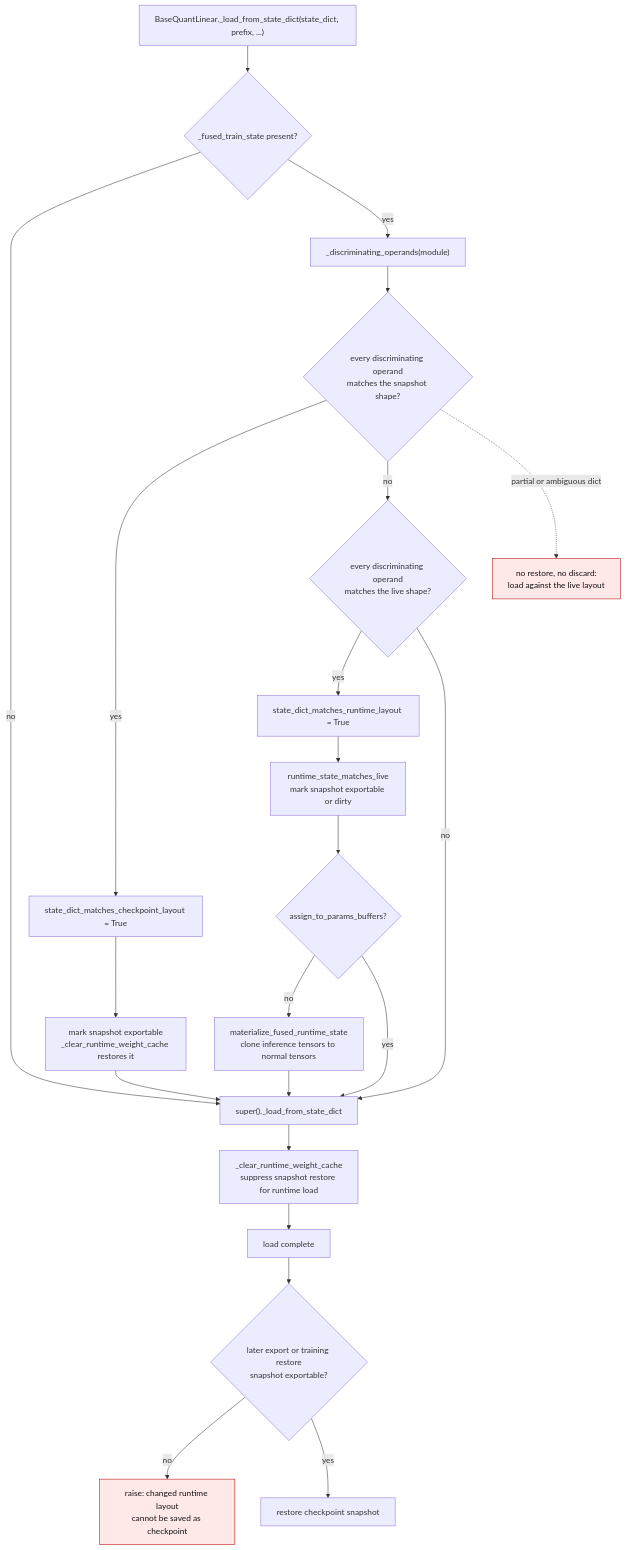
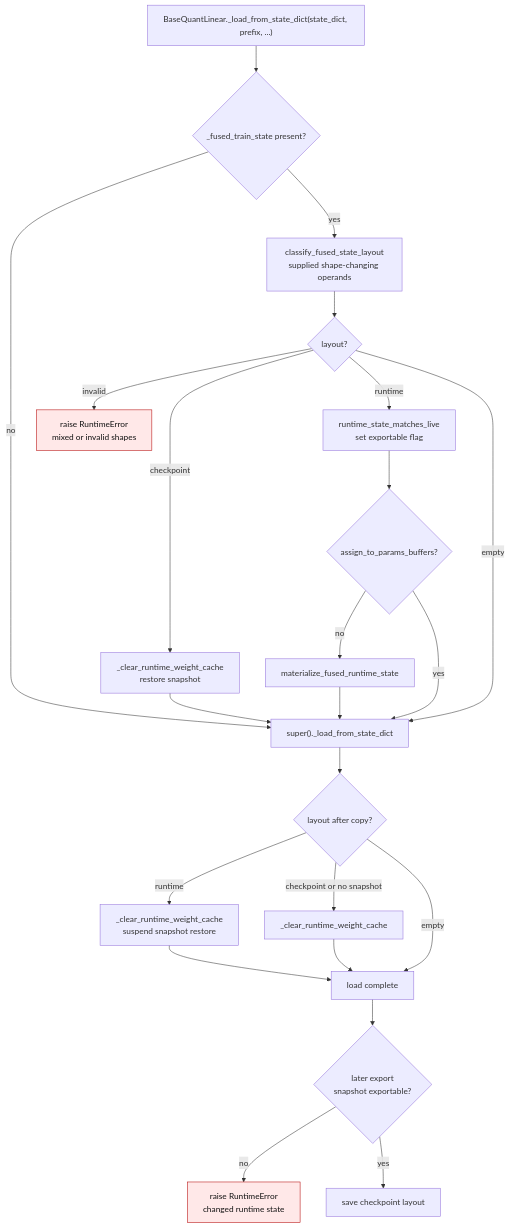
Before and after one commit to ModelCloud/GPTQModel: the second of 4 diagrams in docs/torch_fused_int4_transformations.md, drawn with Mermaid. The commit also changed other lines of this file and 3 other files, not shown here.

Commit message:
fix(cpu): handle partial fused state loads without discarding values

````diff
--- a/docs/torch_fused_int4_transformations.md
+++ b/docs/torch_fused_int4_transformations.md
@@ -270,26 +274,27 @@
 ```mermaid
 flowchart TD
     A["BaseQuantLinear._load_from_state_dict(state_dict, prefix, ...)"] --> B{"_fused_train_state present?"}
     B -- no --> S["super()._load_from_state_dict"]
-    B -- yes --> C["_discriminating_operands(module)"]
-    C --> D{"every discriminating operand<br/>matches the snapshot shape?"}
-    D -- yes --> E["state_dict_matches_checkpoint_layout = True"]
-    D -- no --> F{"every discriminating operand<br/>matches the live shape?"}
-    F -- yes --> G["state_dict_matches_runtime_layout = True"]
-    F -- no --> S
-    E --> H["mark snapshot exportable<br/>_clear_runtime_weight_cache restores it"]
-    H --> S
-    G --> V["runtime_state_matches_live<br/>mark snapshot exportable or dirty"]
-    V --> I{"assign_to_params_buffers?"}
-    I -- no --> J["materialize_fused_runtime_state<br/>clone inference tensors to normal tensors"]
+    B -- yes --> C["classify_fused_state_layout<br/>supplied shape-changing operands"]
+    C --> D{"layout?"}
+    D -- invalid --> X["raise RuntimeError<br/>mixed or invalid shapes"]
+    D -- checkpoint --> E["_clear_runtime_weight_cache<br/>restore snapshot"]
+    E --> S
+    D -- runtime --> R["runtime_state_matches_live<br/>set exportable flag"]
+    R --> I{"assign_to_params_buffers?"}
+    I -- no --> J["materialize_fused_runtime_state"]
     I -- yes --> S
     J --> S
-    S --> L["_clear_runtime_weight_cache<br/>suppress snapshot restore for runtime load"]
-    L --> M["load complete"]
-    M --> X{"later export or training restore<br/>snapshot exportable?"}
-    X -- no --> Y["raise: changed runtime layout<br/>cannot be saved as checkpoint"]
-    X -- yes --> Z["restore checkpoint snapshot"]
-    D -. "partial or ambiguous dict" .-> N["no restore, no discard:<br/>load against the live layout"]
+    D -- empty --> S
+    S --> P{"layout after copy?"}
+    P -- runtime --> L["_clear_runtime_weight_cache<br/>suspend snapshot restore"]
+    P -- checkpoint or no snapshot --> Q["_clear_runtime_weight_cache"]
+    P -- empty --> M["load complete"]
+    L --> M
+    Q --> M
+    M --> Y{"later export<br/>snapshot exportable?"}
+    Y -- no --> Z["raise RuntimeError<br/>changed runtime state"]
+    Y -- yes --> T["save checkpoint layout"]
     classDef failure fill:#ffe8e8,stroke:#b30000,color:#111;
-    class N,Y failure;
+    class X,Z failure;
 ```
````
